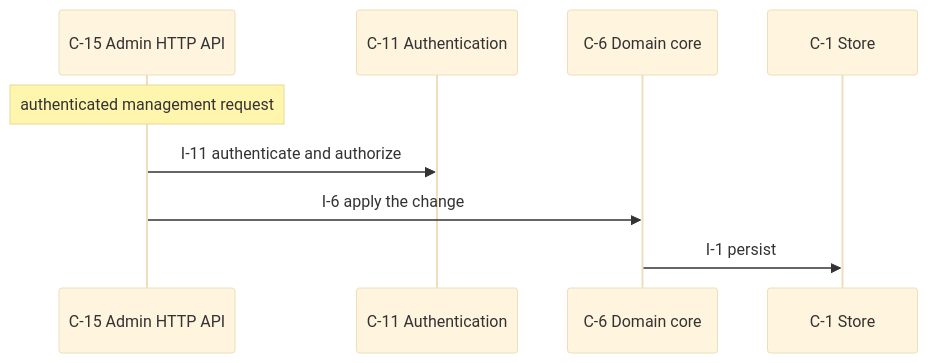
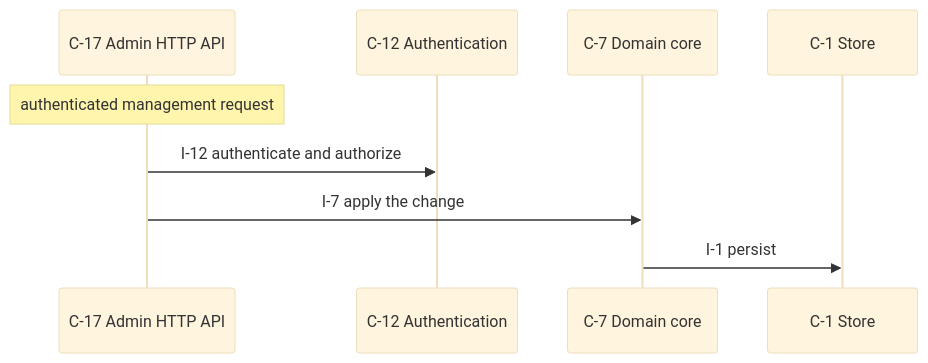
Before and after one commit to yui9696/sekkei: the second of 8 diagrams in examples/webhooks/DESIGN.md, drawn with Mermaid (base theme). The commit also changed other lines of this file and 27 other files, not shown here.

````diff
--- a/examples/webhooks/DESIGN.md
+++ b/examples/webhooks/DESIGN.md
@@ -516,11 +595,11 @@
 ```mermaid
 sequenceDiagram
-  participant C_15 as C-15 Admin HTTP API
-  participant C_11 as C-11 Authentication
-  participant C_6 as C-6 Domain core
+  participant C_17 as C-17 Admin HTTP API
+  participant C_12 as C-12 Authentication
+  participant C_7 as C-7 Domain core
   participant C_1 as C-1 Store
-  Note over C_15: authenticated management request
-  C_15->>C_11: I-11 authenticate and authorize
-  C_15->>C_6: I-6 apply the change
-  C_6->>C_1: I-1 persist
+  Note over C_17: authenticated management request
+  C_17->>C_12: I-12 authenticate and authorize
+  C_17->>C_7: I-7 apply the change
+  C_7->>C_1: I-1 persist
 ```
````
